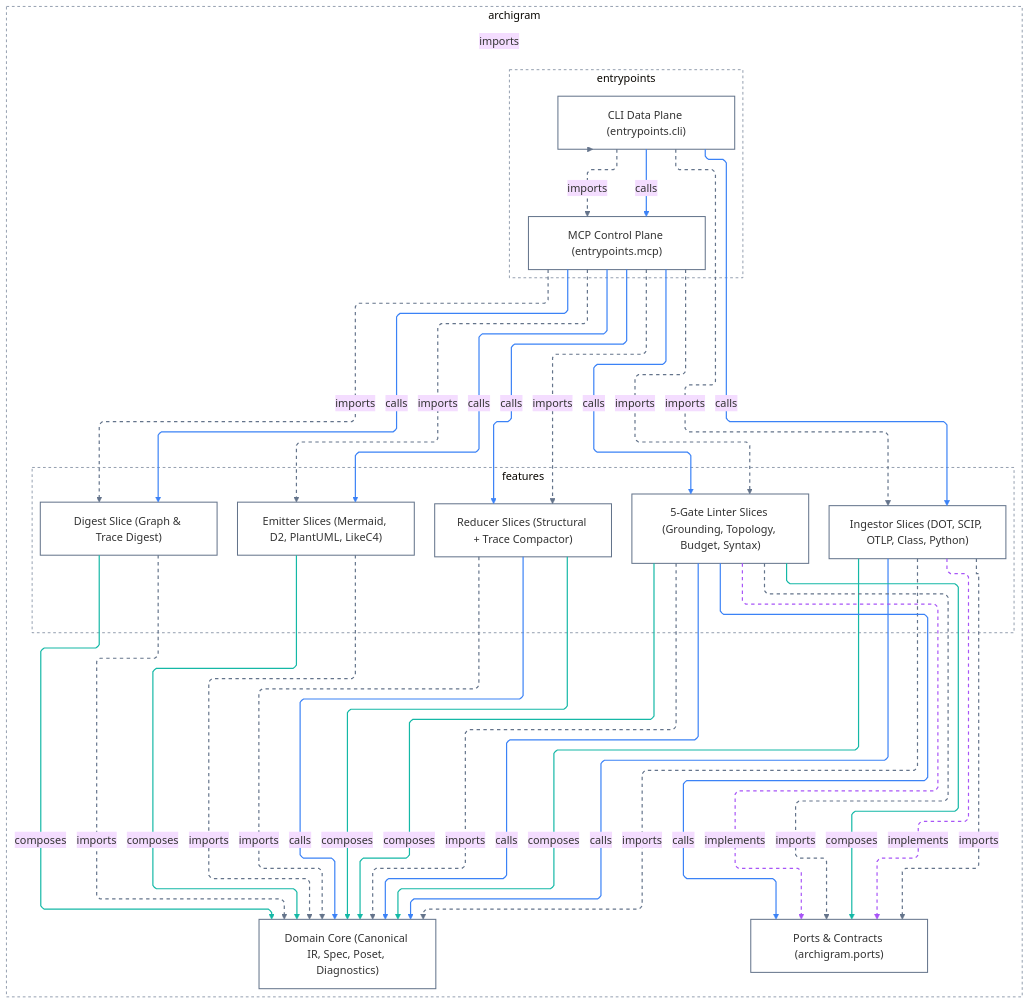
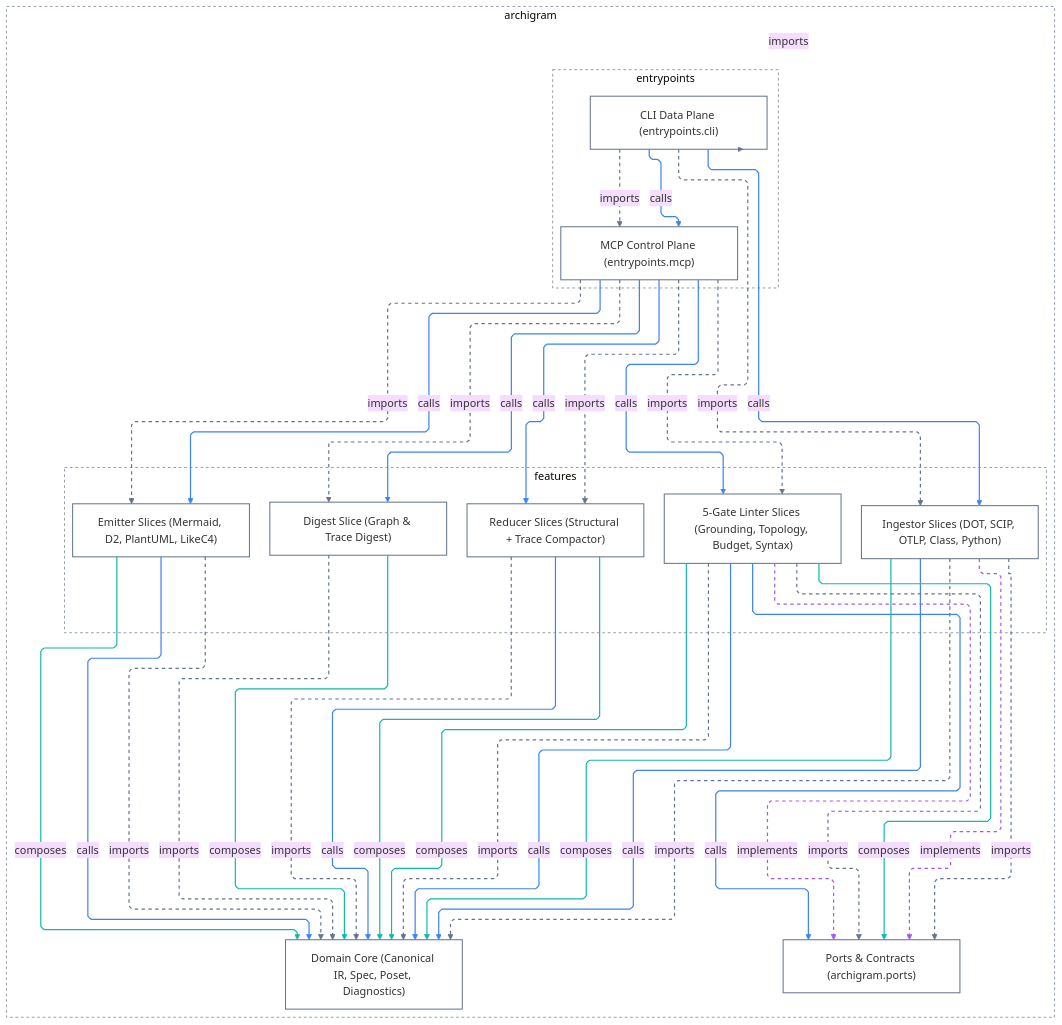
The diagram in docs/architecture/L0-system-and-rings.md (klcd/archigram), drawn with Mermaid (base theme) before and after one commit. The commit also changed 39 other files, not shown here.

Commit message:
fix(emit_plantuml): reuse domain orderer and causal fork guard

````diff
--- a/docs/architecture/L0-system-and-rings.md
+++ b/docs/architecture/L0-system-and-rings.md
@@ -36,68 +36,69 @@
 ```mermaid
 ---
 config:
   layout: elk
   elk:
     mergeEdges: false
     nodePlacementStrategy: BRANDES_KOEPF
   flowchart:
     defaultRenderer: elk
     curve: linear
 ---
 flowchart TD
   classDef default fill:transparent,stroke:#64748b,stroke-width:1.5px
   subgraph n0["archigram"]
     subgraph n1["entrypoints"]
       n3["CLI Data Plane (entrypoints.cli)"]
       n10["MCP Control Plane (entrypoints.mcp)"]
     end
     subgraph n2["features"]
       n5["Digest Slice (Graph & Trace Digest)"]
       n6["Emitter Slices (Mermaid, D2, PlantUML, LikeC4)"]
       n7["Ingestor Slices (DOT, SCIP, OTLP, Class, Python)"]
       n8["5-Gate Linter Slices (Grounding, Topology, Budget, Syntax)"]
       n9["Reducer Slices (Structural + Trace Compactor)"]
     end
     n4["Domain Core (Canonical IR, Spec, Poset, Diagnostics)"]
     n11["Ports & Contracts (archigram.ports)"]
   end
   style n0 fill:transparent,stroke:#64748b,stroke-width:1px,stroke-dasharray:4 4
   style n1 fill:transparent,stroke:#64748b,stroke-width:1px,stroke-dasharray:4 4
   style n2 fill:transparent,stroke:#64748b,stroke-width:1px,stroke-dasharray:4 4
   n3 -.->|"imports"| n0
   n7 -->|"composes"| n4
   n8 -->|"composes"| n4
+  n6 -->|"calls"| n4
   n7 -->|"calls"| n4
   n5 -.->|"imports"| n4
   n5 -->|"composes"| n4
   n9 -.->|"imports"| n4
   n9 -->|"calls"| n4
   n9 -->|"composes"| n4
   n7 -.->|"imports"| n4
   n8 -.->|"imports"| n4
   n8 -->|"calls"| n4
   n6 -.->|"imports"| n4
   n6 -->|"composes"| n4
   n10 -->|"calls"| n5
   n10 -.->|"imports"| n5
   n10 -->|"calls"| n6
   n10 -.->|"imports"| n6
   n3 -->|"calls"| n7
   n3 -.->|"imports"| n7
   n10 -.->|"imports"| n8
   n10 -->|"calls"| n8
   n10 -.->|"imports"| n9
   n10 -->|"calls"| n9
   n3 -->|"calls"| n10
   n3 -.->|"imports"| n10
   n8 -.->|"implements"| n11
   n8 -.->|"imports"| n11
   n7 -.->|"implements"| n11
   n7 -.->|"imports"| n11
   n8 -->|"composes"| n11
   n8 -->|"calls"| n11
-  linkStyle 0,4,6,9,10,12,15,17,19,20,22,25,27,29 stroke:#64748b,stroke-width:1.75px,stroke-dasharray:5 5
-  linkStyle 1,2,5,8,13,30 stroke:#14b8a6,stroke-width:1.75px
-  linkStyle 3,7,11,14,16,18,21,23,24,31 stroke:#3b82f6,stroke-width:1.75px
-  linkStyle 26,28 stroke:#a855f7,stroke-width:1.75px,stroke-dasharray:5 5
+  linkStyle 0,5,7,10,11,13,16,18,20,21,23,26,28,30 stroke:#64748b,stroke-width:1.75px,stroke-dasharray:5 5
+  linkStyle 1,2,6,9,14,31 stroke:#14b8a6,stroke-width:1.75px
+  linkStyle 3,4,8,12,15,17,19,22,24,25,32 stroke:#3b82f6,stroke-width:1.75px
+  linkStyle 27,29 stroke:#a855f7,stroke-width:1.75px,stroke-dasharray:5 5
 ```
````
